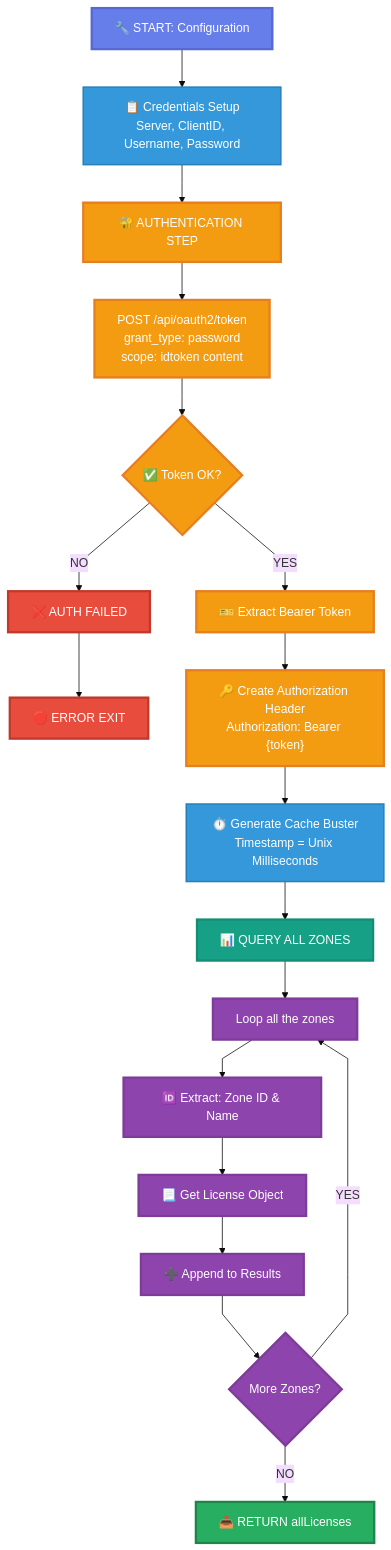
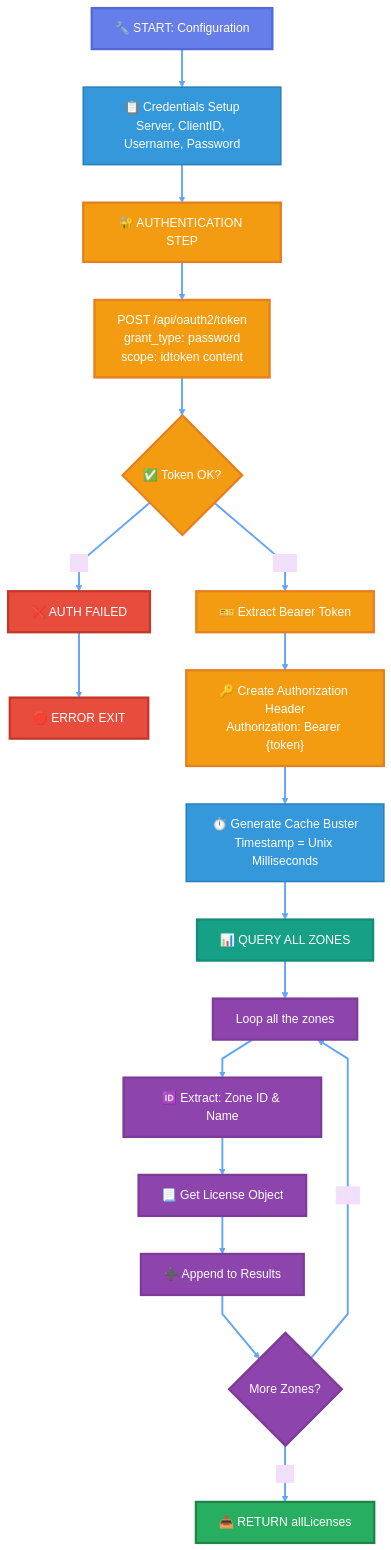
The diagram in Recast Application Workspace/RestAPI/README.md (Beijnes/Public), drawn with Mermaid before and after one commit.

Commit message:
changed the lines in diagram

````diff
--- a/Recast Application Workspace/RestAPI/README.md
+++ b/Recast Application Workspace/RestAPI/README.md
@@ -5,47 +5,49 @@
 ```mermaid
-%%{init: {'flowchart': {'curve': 'linear', 'useMaxWidth': false}, 'theme': 'base', 'primaryColor': '#667eea', 'primaryBorderColor': '#5568d3', 'lineColor': '#f39c12', 'textColor': '#2c3e50', 'fontSize': '16px'}}%%
+%%{init: {'flowchart': {'curve': 'linear', 'useMaxWidth': false}, 'theme': 'base', 'primaryColor': '#667eea', 'primaryBorderColor': '#5568d3', 'lineColor': '#60a5fa', 'textColor': '#e5e7eb', 'fontSize': '16px'}}%%
 flowchart TD
     A["🔧 START: Configuration"] --> B["📋 Credentials Setup<br/>Server, ClientID, Username, Password"]
     
     B --> D["🔐 AUTHENTICATION STEP"]
     
     D --> E["POST /api/oauth2/token<br/>grant_type: password<br/>scope: idtoken content"]
     E --> F{✅ Token OK?}
     F -->|YES| G["🎫 Extract Bearer Token"]
     F -->|NO| H["❌ AUTH FAILED"]
     H --> Z["🛑 ERROR EXIT"]
     
     G --> I["🔑 Create Authorization Header<br/>Authorization: Bearer {token}"]
     I --> J["⏱️ Generate Cache Buster<br/>Timestamp = Unix Milliseconds"]
     
     J --> K["📊 QUERY ALL ZONES"]
         
     K --> O["Loop all the zones"]
     
     O --> P["🆔 Extract: Zone ID & Name"]
     
     P --> R["📃 Get License Object"]
     
         R --> T["➕ Append to Results"]
     
     T --> U{More Zones?}
     U -->|YES| O
     U -->|NO| W["📤 RETURN allLicenses"]
     
     
     classDef start fill:#667eea,stroke:#5568d3,stroke-width:3px,color:#fff
     classDef auth fill:#f39c12,stroke:#e67e22,stroke-width:3px,color:#fff
     classDef query fill:#16a085,stroke:#138d75,stroke-width:3px,color:#fff
     classDef loop fill:#8e44ad,stroke:#7d3c98,stroke-width:3px,color:#fff
     classDef success fill:#27ae60,stroke:#1e8449,stroke-width:3px,color:#fff
     classDef error fill:#e74c3c,stroke:#c0392b,stroke-width:3px,color:#fff
     classDef process fill:#3498db,stroke:#2980b9,stroke-width:2px,color:#fff
     
     class A start
     class D,E,F,G,I auth
     class K,L,M query
     class N,O,P,Q,R,S,T,U loop
     class V,W,X success
     class H,Z error
     class B,C,J process
+
+    linkStyle default stroke:#60a5fa,stroke-width:2.5px,color:#e5e7eb
 ```
````
